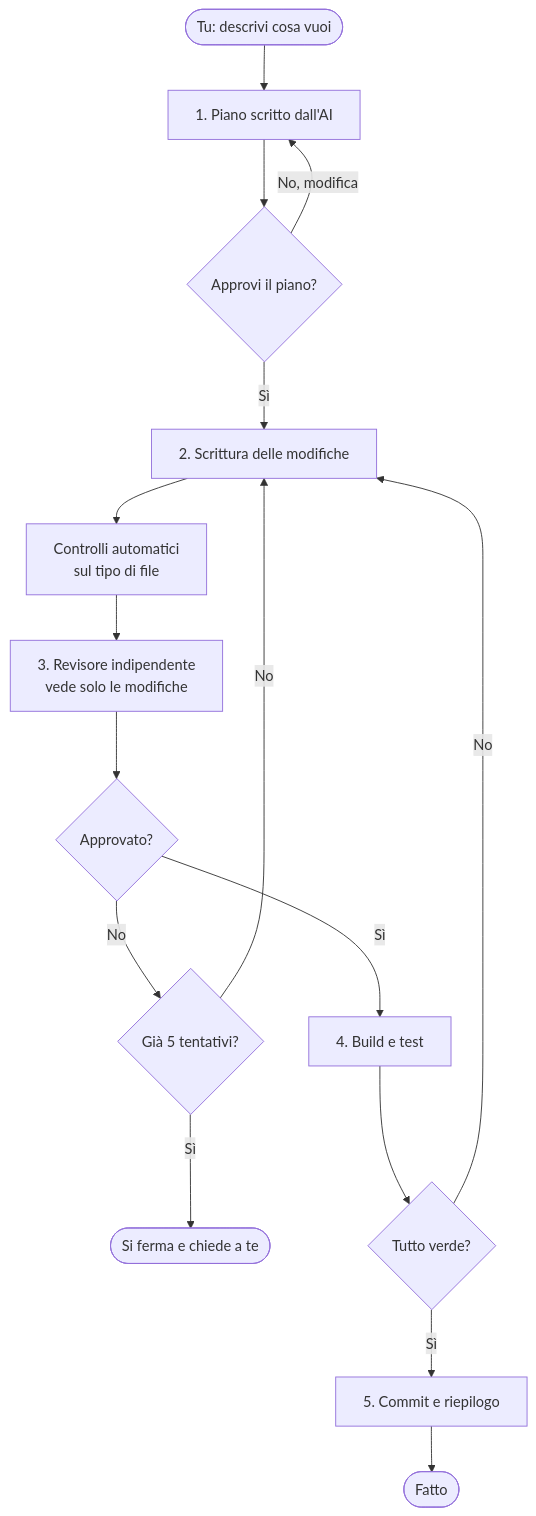
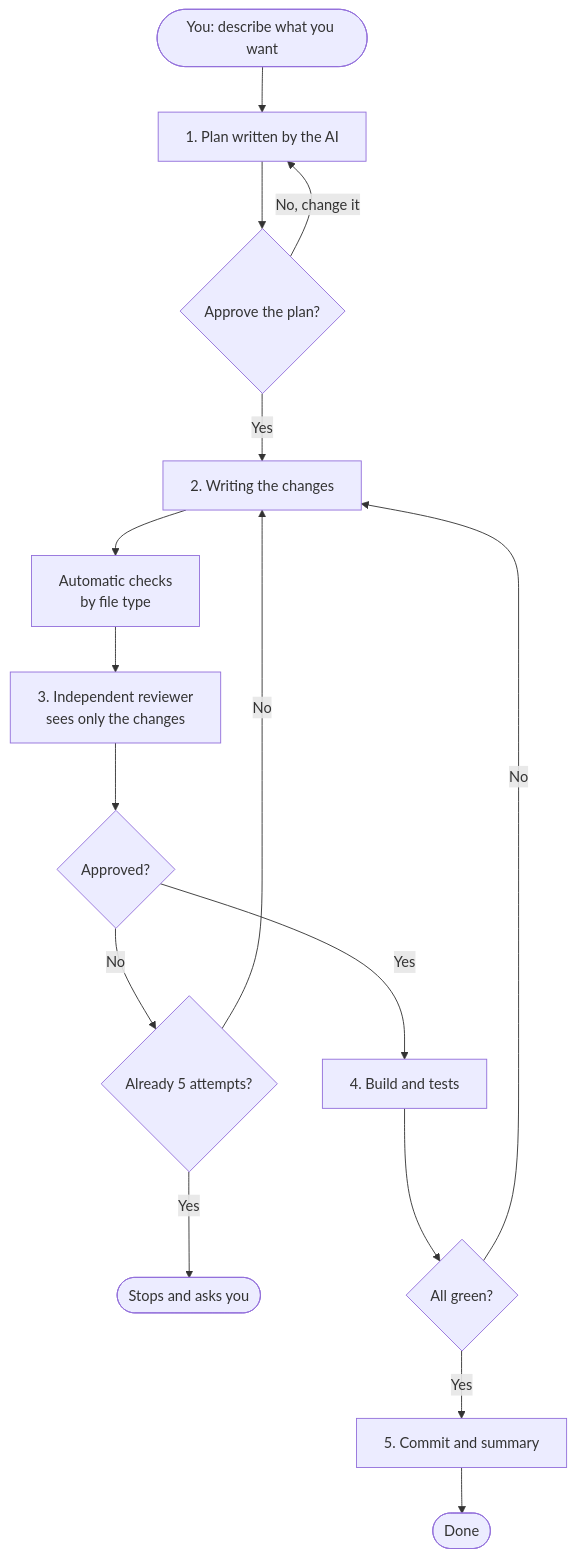
The first of 2 diagrams in README.md (priore/omega-loop), drawn with Mermaid before and after one commit. The commit also changed other lines of this file and 10 other files, not shown here.

````diff
--- a/README.md
+++ b/README.md
@@ -31,18 +33,18 @@
 ```mermaid
 flowchart TD
-    A([Tu: descrivi cosa vuoi]) --> B[1. Piano scritto dall'AI]
-    B --> C{Approvi il piano?}
-    C -- No, modifica --> B
-    C -- Sì --> D[2. Scrittura delle modifiche]
-    D --> E[Controlli automatici<br/>sul tipo di file]
-    E --> F[3. Revisore indipendente<br/>vede solo le modifiche]
-    F --> G{Approvato?}
-    G -- No --> H{Già 5 tentativi?}
+    A([You: describe what you want]) --> B[1. Plan written by the AI]
+    B --> C{Approve the plan?}
+    C -- No, change it --> B
+    C -- Yes --> D[2. Writing the changes]
+    D --> E[Automatic checks<br/>by file type]
+    E --> F[3. Independent reviewer<br/>sees only the changes]
+    F --> G{Approved?}
+    G -- No --> H{Already 5 attempts?}
     H -- No --> D
-    H -- Sì --> I([Si ferma e chiede a te])
-    G -- Sì --> J[4. Build e test]
-    J --> K{Tutto verde?}
+    H -- Yes --> I([Stops and asks you])
+    G -- Yes --> J[4. Build and tests]
+    J --> K{All green?}
     K -- No --> D
-    K -- Sì --> L[5. Commit e riepilogo]
-    L --> M([Fatto])
+    K -- Yes --> L[5. Commit and summary]
+    L --> M([Done])
 ```
````
